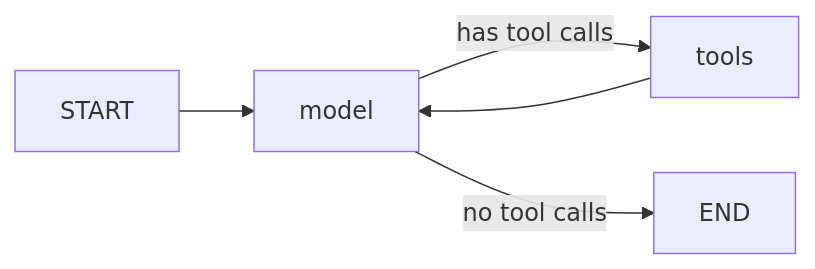
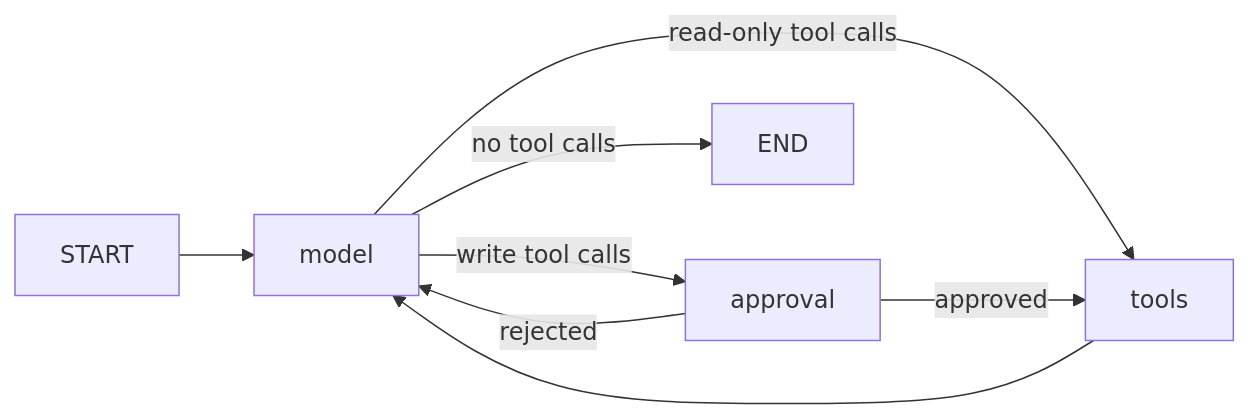
The second of 3 diagrams in README.md (miguelminotti/crm-agent-prototype), drawn with Mermaid before and after one commit. The commit also changed other lines of this file, not shown here.

````diff
--- a/README.md
+++ b/README.md
@@ -83,7 +83,10 @@
 ```mermaid
 flowchart LR
     START --> model
-    model -->|has tool calls| tools
+    model -->|read-only tool calls| tools
+    model -->|write tool calls| approval
     model -->|no tool calls| END
+    approval -->|approved| tools
+    approval -->|rejected| model
     tools --> model
 ```
````
